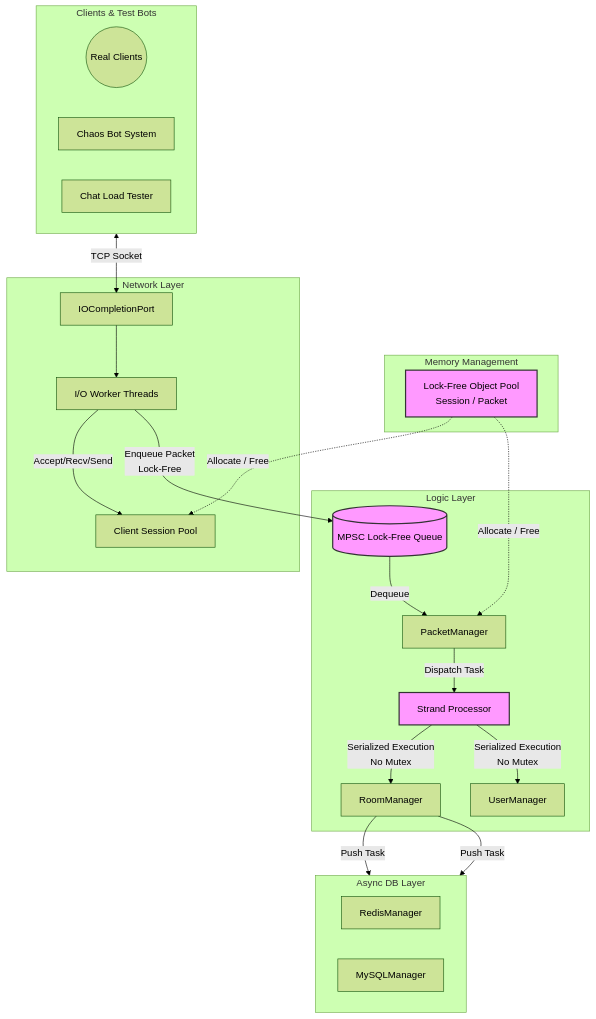
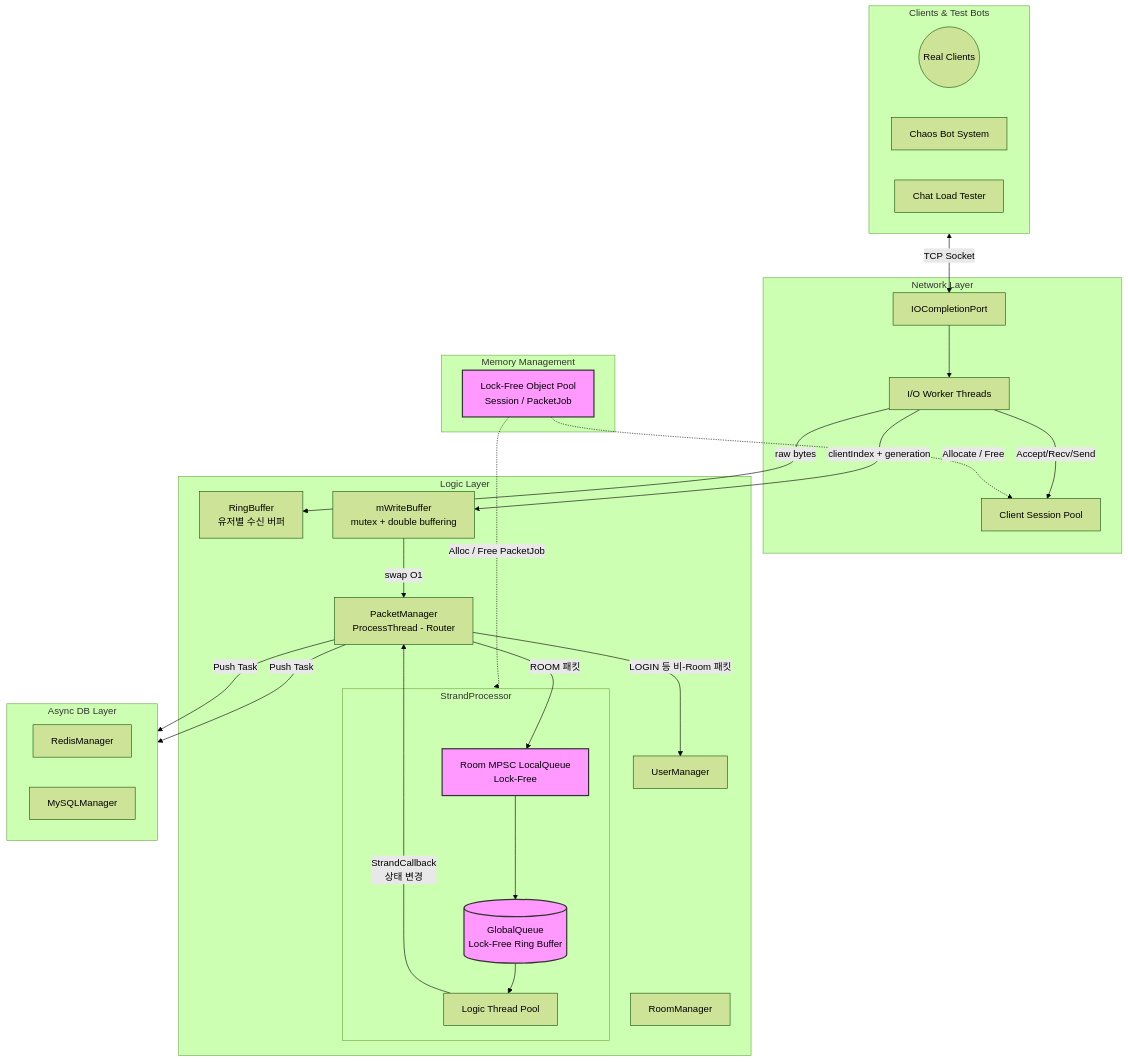
Before and after one commit to kanghyoungwoo/IOCP: the second of 5 diagrams in README.md, drawn with Mermaid (forest theme). The commit also changed other lines of this file, not shown here.

Commit message:
readme수정
아키텍처 다이어그램 수정

````diff
--- a/README.md
+++ b/README.md
@@ -107,48 +107,57 @@
 ```mermaid
 graph TD
     subgraph External_Clients [Clients & Test Bots]
         Clients((Real Clients))
         ChaosBot[Chaos Bot System]
         LoadTester[Chat Load Tester]
     end
 
     subgraph Memory_Layer [Memory Management]
-        MemPool[Lock-Free Object Pool\nSession / Packet]
+        MemPool[Lock-Free Object Pool\nSession / PacketJob]
     end
 
     subgraph Network_Layer [Network Layer]
         IOCP[IOCompletionPort]
         WorkerThreads[I/O Worker Threads]
         SessionPool[Client Session Pool]
         IOCP --> WorkerThreads
         WorkerThreads -->|Accept/Recv/Send| SessionPool
     end
 
     subgraph Logic_Layer [Logic Layer]
-        PacketManager[PacketManager]
-        GlobalQueue[(MPSC Lock-Free Queue)]
-        StrandProcessor[Strand Processor]
+        RingBuf[RingBuffer\n유저별 수신 버퍼]
+        WriteBuffer[mWriteBuffer\nmutex + double buffering]
+        PacketManager[PacketManager\nProcessThread - Router]
+        UserMgr[UserManager]
         RoomMgr[RoomManager]
-        UserMgr[UserManager]
-        WorkerThreads -->|Enqueue Packet\nLock-Free| GlobalQueue
-        GlobalQueue -->|Dequeue| PacketManager
-        PacketManager -->|Dispatch Task| StrandProcessor
-        StrandProcessor -->|Serialized Execution\nNo Mutex| RoomMgr
-        StrandProcessor -->|Serialized Execution\nNo Mutex| UserMgr
+
+        subgraph Strand [StrandProcessor]
+            RoomQueue[Room MPSC LocalQueue\nLock-Free]
+            GQ[(GlobalQueue\nLock-Free Ring Buffer)]
+            LogicThreads[Logic Thread Pool]
+            RoomQueue --> GQ --> LogicThreads
+        end
+
+        WorkerThreads -->|raw bytes| RingBuf
+        WorkerThreads -->|clientIndex + generation| WriteBuffer
+        WriteBuffer -->|swap O1| PacketManager
+        PacketManager -->|LOGIN 등 비-Room 패킷| UserMgr
+        PacketManager -->|ROOM 패킷| RoomQueue
+        LogicThreads -->|StrandCallback\n상태 변경| PacketManager
     end
 
     subgraph DB_Layer [Async DB Layer]
         direction LR
         RedisMgr[RedisManager]
         MySQLMgr[MySQLManager]
     end
 
     External_Clients <-->|TCP Socket| IOCP
     MemPool -.->|Allocate / Free| SessionPool
-    MemPool -.->|Allocate / Free| PacketManager
-    RoomMgr -->|Push Task| RedisMgr
-    RoomMgr -->|Push Task| MySQLMgr
+    MemPool -.->|Alloc / Free PacketJob| Strand
+    PacketManager -->|Push Task| RedisMgr
+    PacketManager -->|Push Task| MySQLMgr
 
     classDef core fill:#f9f,stroke:#333,stroke-width:2px;
-    class StrandProcessor,GlobalQueue,MemPool core;
+    class RoomQueue,GQ,MemPool core;
 ```
````
